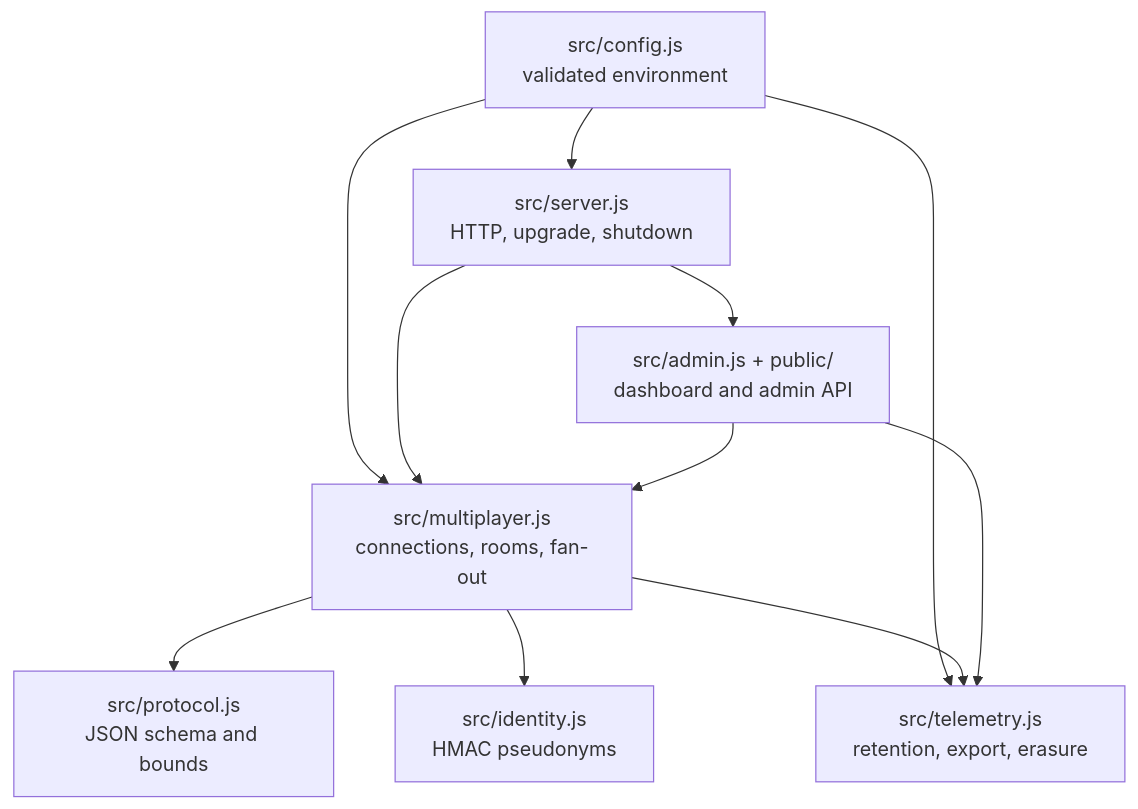
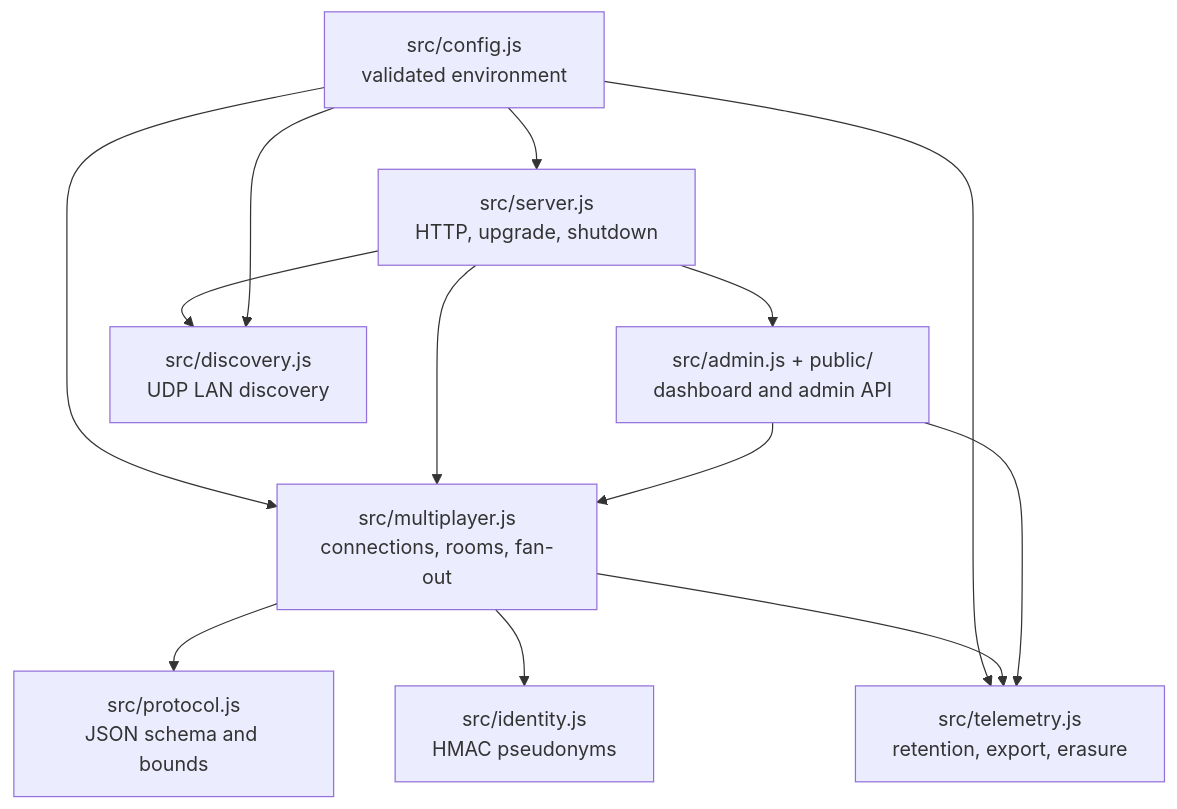
Before and after one commit to riscv-prg32/PRG32-Multiplayer-Server: the second of 5 diagrams in docs/architecture.md, drawn with Mermaid. The commit also changed other lines of this file and 7 other files, not shown here.

First line of the commit message:
Add LAN discovery over UDP (#10)

````diff
--- a/docs/architecture.md
+++ b/docs/architecture.md
@@ -50,21 +50,24 @@
 ```mermaid
 flowchart TB
   Config[src/config.js<br/>validated environment]
   HTTP[src/server.js<br/>HTTP, upgrade, shutdown]
   Protocol[src/protocol.js<br/>JSON schema and bounds]
   Relay[src/multiplayer.js<br/>connections, rooms, fan-out]
   ID[src/identity.js<br/>HMAC pseudonyms]
   Store[src/telemetry.js<br/>retention, export, erasure]
   Admin[src/admin.js + public/<br/>dashboard and admin API]
+  Disc[src/discovery.js<br/>UDP LAN discovery]
 
   Config --> HTTP
   Config --> Relay
   Config --> Store
   HTTP --> Relay
   Relay --> Protocol
   Relay --> ID
   Relay --> Store
   HTTP --> Admin
   Admin --> Store
   Admin --> Relay
+  HTTP --> Disc
+  Config --> Disc
 ```
````
